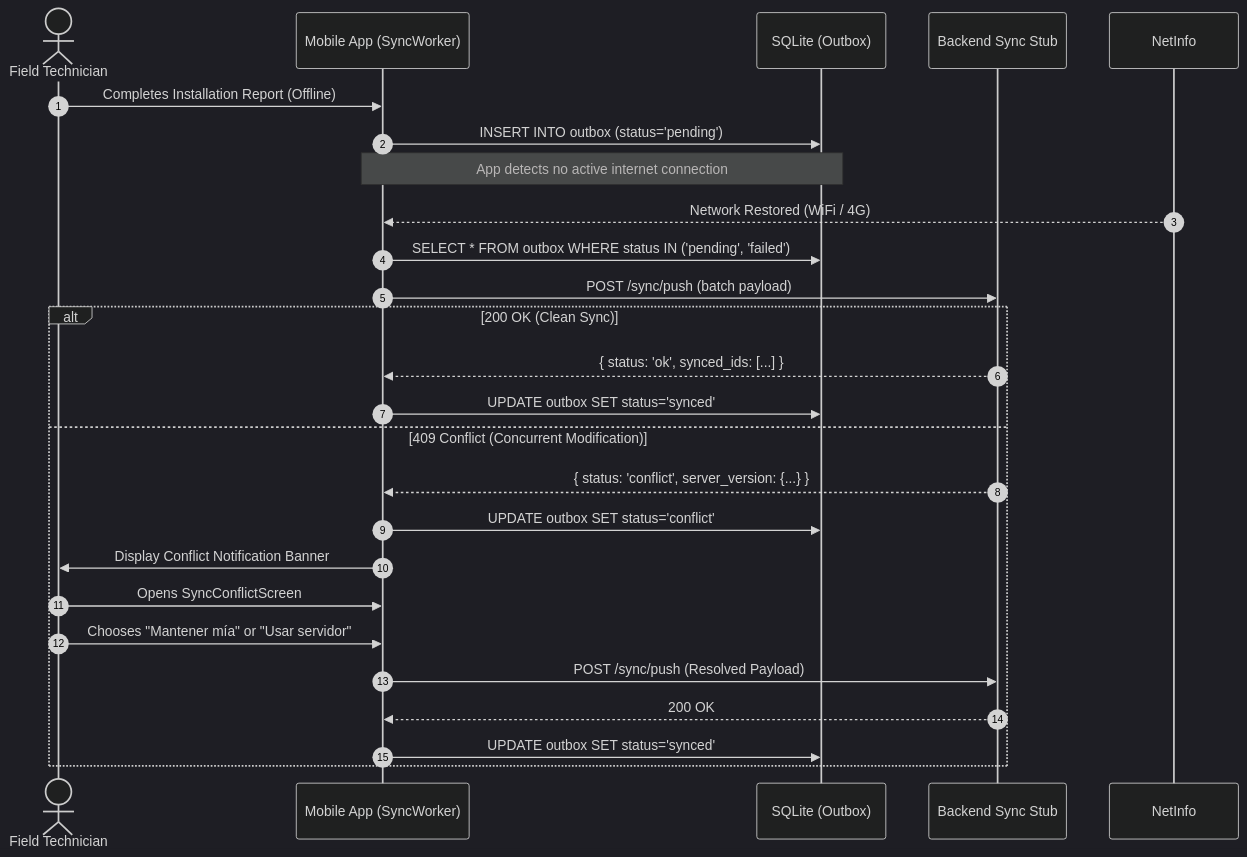
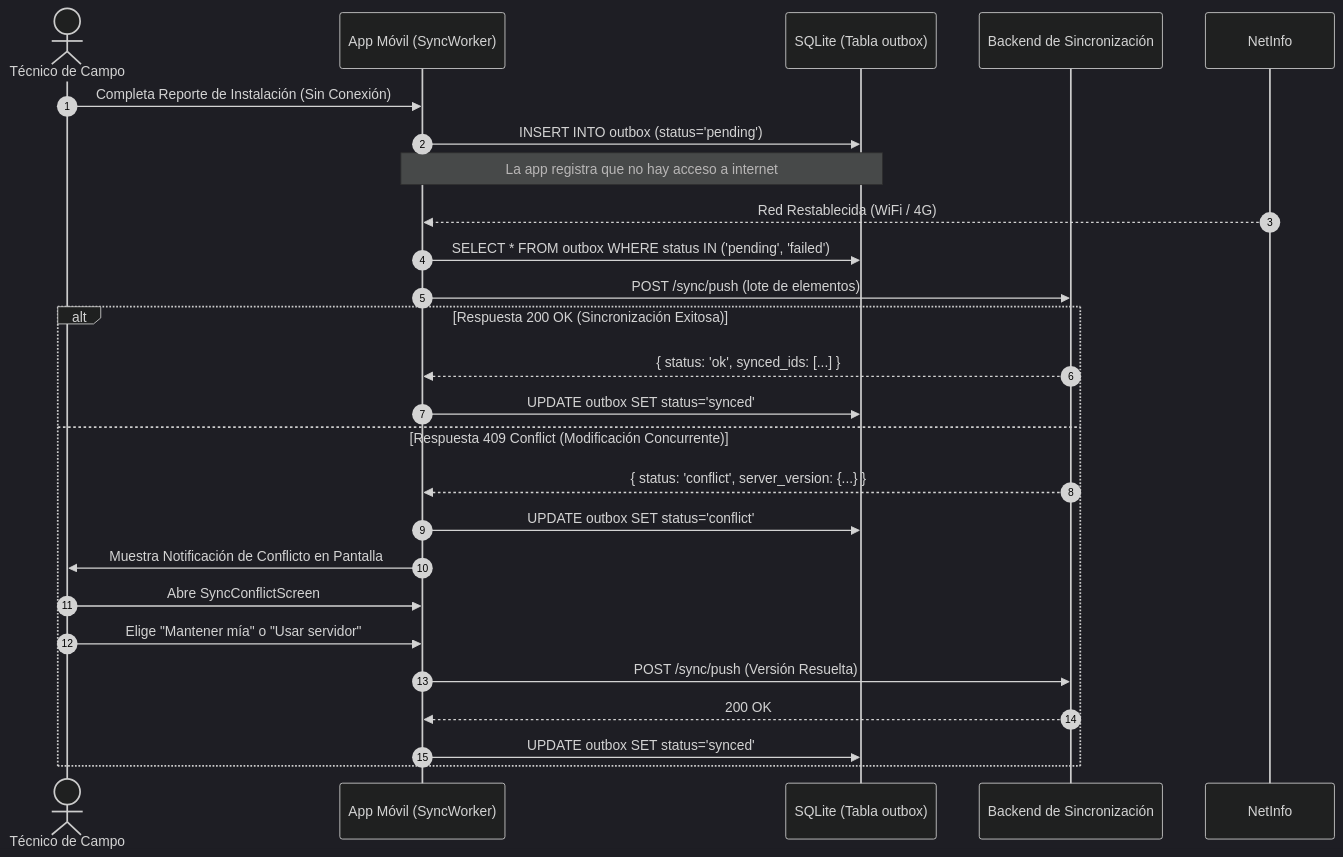
One commit to LucasTabacchi/Desarrollo-y-Arquitectura-en-aplicaciones-m-viles---2026 changed the second of 2 diagrams in tp_6/docs/TECHNICAL_REPORT.md. Above: the diagram before and after it, drawn with Mermaid (dark theme). The commit also changed other lines of this file and 2 other files, not shown here.

Commit message:
docs: translate technical report, demo script, and odd task specs to Spanish

````diff
--- a/tp_6/docs/TECHNICAL_REPORT.md
+++ b/tp_6/docs/TECHNICAL_REPORT.md
@@ -236,30 +236,30 @@
 ```mermaid
 sequenceDiagram
     autonumber
-    actor Technician as Field Technician
-    participant App as Mobile App (SyncWorker)
-    participant Outbox as SQLite (Outbox)
-    participant Backend as Backend Sync Stub
+    actor Tecnico as Técnico de Campo
+    participant App as App Móvil (SyncWorker)
+    participant Outbox as SQLite (Tabla outbox)
+    participant Backend as Backend de Sincronización
 
-    Technician->>App: Completes Installation Report (Offline)
+    Tecnico->>App: Completa Reporte de Instalación (Sin Conexión)
     App->>Outbox: INSERT INTO outbox (status='pending')
-    Note over App,Outbox: App detects no active internet connection
+    Note over App,Outbox: La app registra que no hay acceso a internet
 
-    NetInfo-->>App: Network Restored (WiFi / 4G)
+    NetInfo-->>App: Red Restablecida (WiFi / 4G)
     App->>Outbox: SELECT * FROM outbox WHERE status IN ('pending', 'failed')
-    App->>Backend: POST /sync/push (batch payload)
+    App->>Backend: POST /sync/push (lote de elementos)
     
-    alt 200 OK (Clean Sync)
+    alt Respuesta 200 OK (Sincronización Exitosa)
         Backend-->>App: { status: 'ok', synced_ids: [...] }
         App->>Outbox: UPDATE outbox SET status='synced'
-    else 409 Conflict (Concurrent Modification)
+    else Respuesta 409 Conflict (Modificación Concurrente)
         Backend-->>App: { status: 'conflict', server_version: {...} }
         App->>Outbox: UPDATE outbox SET status='conflict'
-        App->>Technician: Display Conflict Notification Banner
-        Technician->>App: Opens SyncConflictScreen
-        Technician->>App: Chooses "Mantener mía" or "Usar servidor"
-        App->>Backend: POST /sync/push (Resolved Payload)
+        App->>Tecnico: Muestra Notificación de Conflicto en Pantalla
+        Tecnico->>App: Abre SyncConflictScreen
+        Tecnico->>App: Elige "Mantener mía" o "Usar servidor"
+        App->>Backend: POST /sync/push (Versión Resuelta)
         Backend-->>App: 200 OK
         App->>Outbox: UPDATE outbox SET status='synced'
     end
 ```
````
